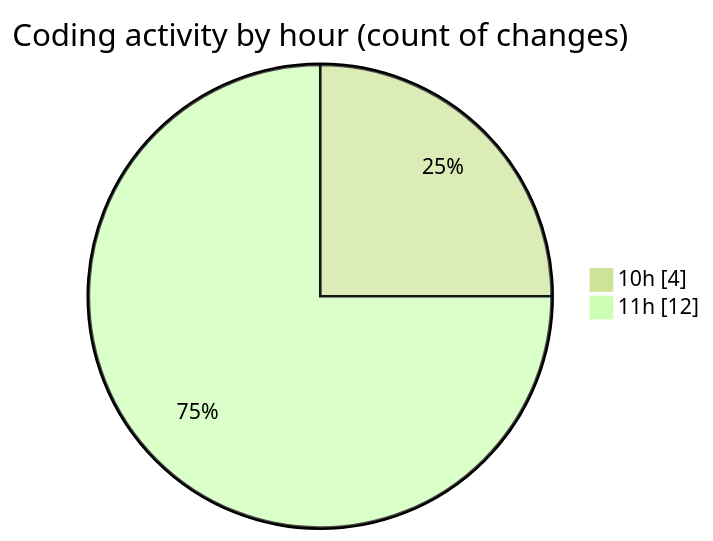
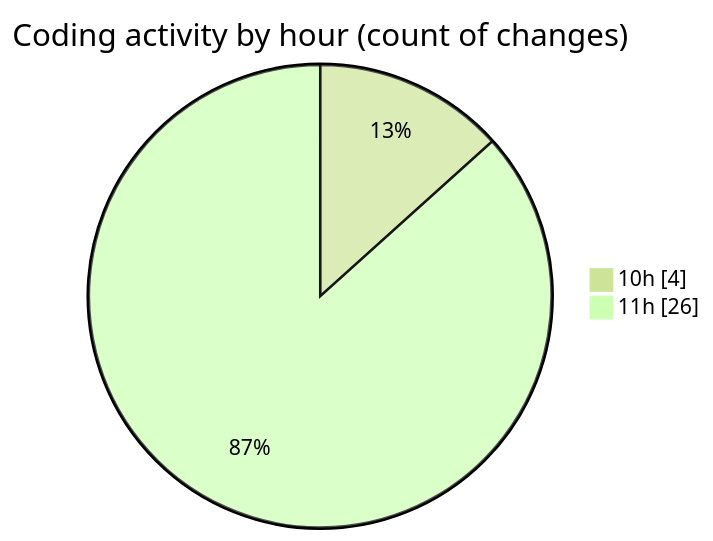
One commit to momahboobian/code-tracking changed the second of 2 diagrams in 2025-03-06/song-sieve/README.md. Above: the diagram before and after it, drawn with Mermaid (forest theme). The commit also changed other lines of this file and 1 other file, not shown here.

````diff
--- a/2025-03-06/song-sieve/README.md
+++ b/2025-03-06/song-sieve/README.md
@@ -36,6 +37,6 @@
 ```mermaid
 pie showData
 title Coding activity by hour (count of changes)
 "10h" : 4
-"11h" : 12
+"11h" : 26
 ```
````
